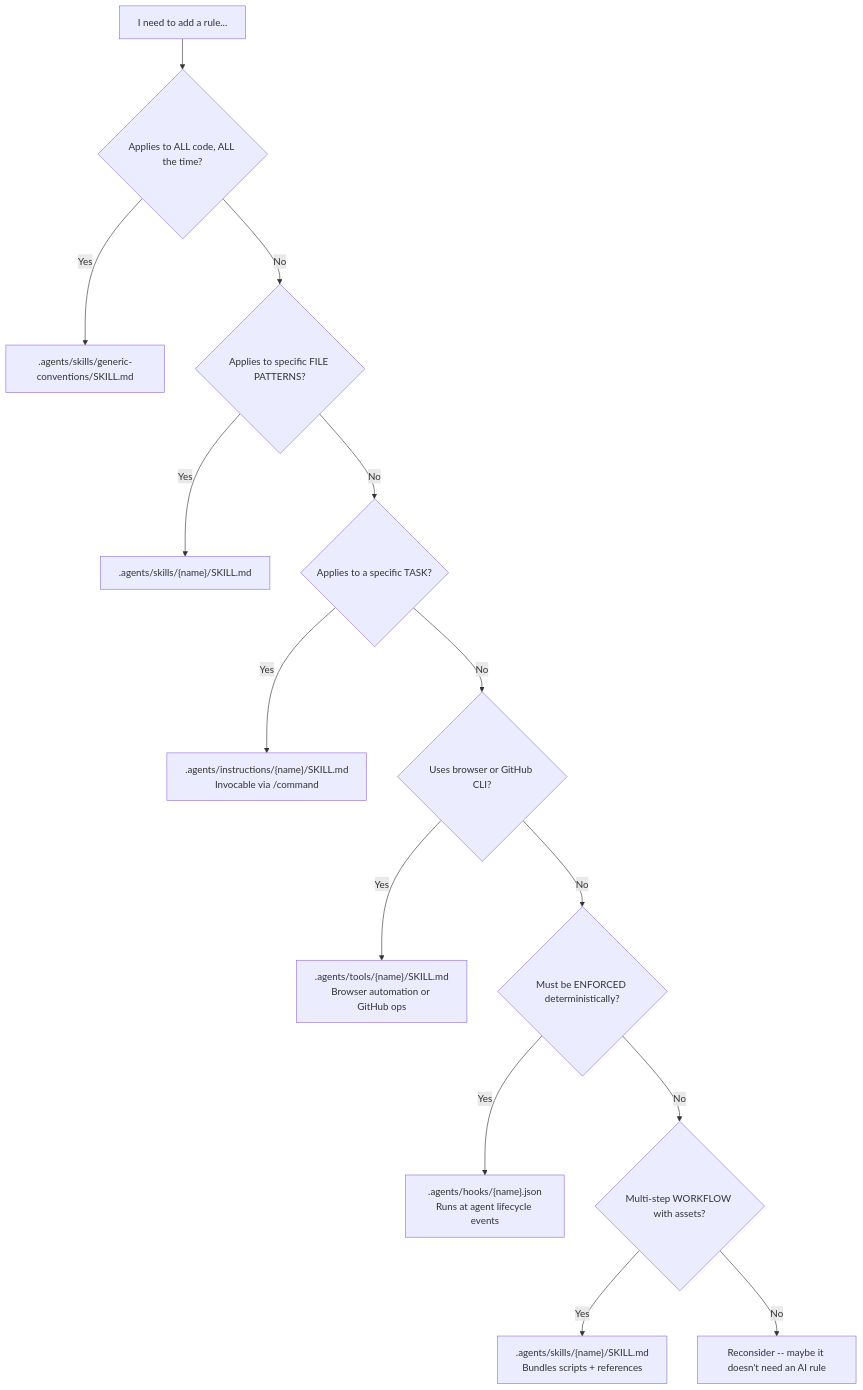
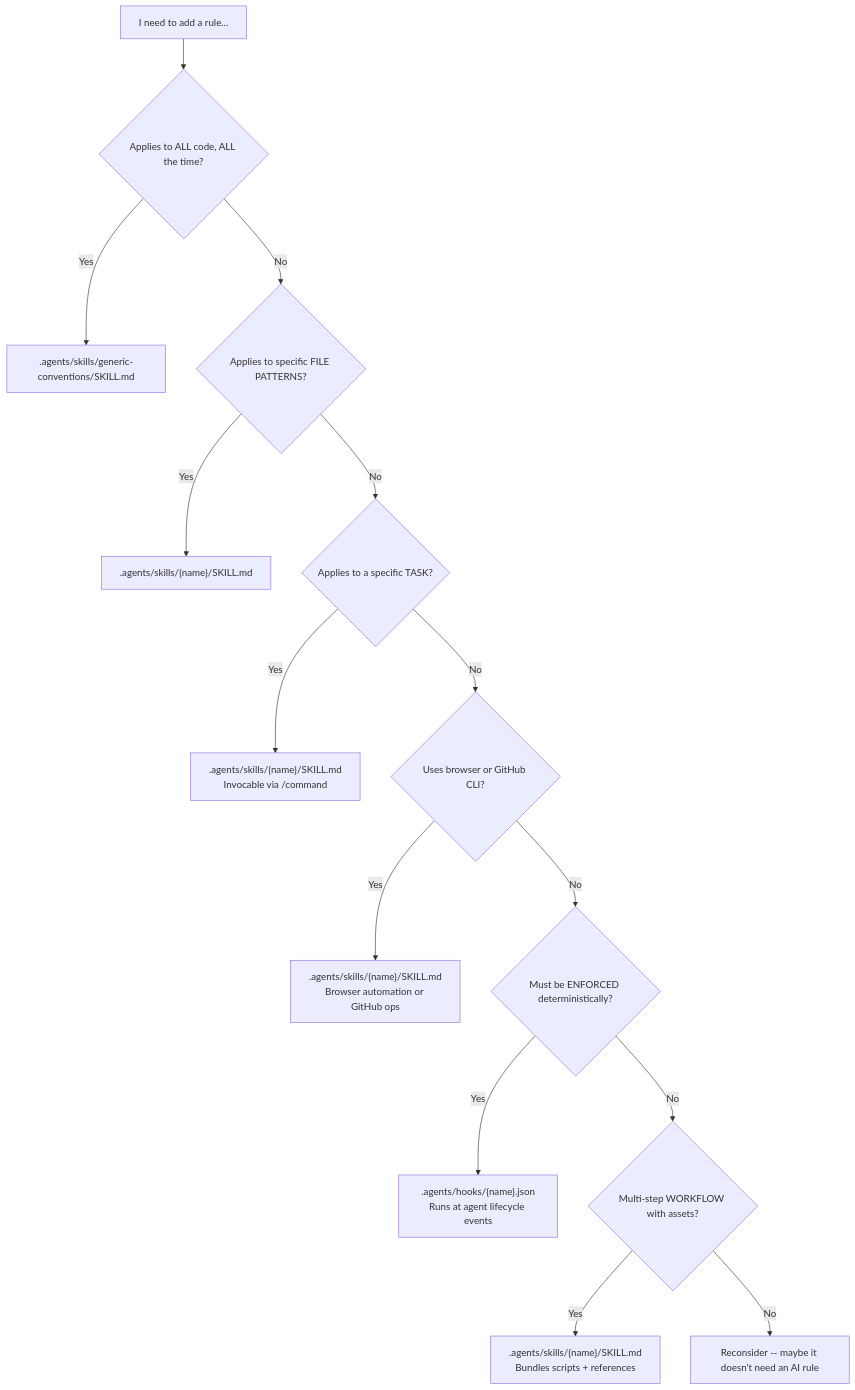
One commit to jtmb/ingenium changed the diagram in USAGE.md. Above: the diagram before and after it, drawn with Mermaid. The commit also changed other lines of this file and 7 other files, not shown here.

````diff
--- a/USAGE.md
+++ b/USAGE.md
@@ -24,16 +24,16 @@
 ```mermaid
 graph TD
     START[I need to add a rule...] --> Q1{Applies to ALL code, ALL the time?}
     Q1 -->|Yes| GENERIC[".agents/skills/generic-conventions/SKILL.md"]
     Q1 -->|No| Q2{Applies to specific FILE PATTERNS?}
     Q2 -->|Yes| SKILL[".agents/skills/{name}/SKILL.md"]
     Q2 -->|No| Q3{Applies to a specific TASK?}
-    Q3 -->|Yes| TASKSKILL[".agents/instructions/{name}/SKILL.md\nInvocable via /command"]
+    Q3 -->|Yes| TASKSKILL[".agents/skills/{name}/SKILL.md\nInvocable via /command"]
     Q3 -->|No| Q4{Uses browser or GitHub CLI?}
-    Q4 -->|Yes| TOOL[".agents/tools/{name}/SKILL.md\nBrowser automation or GitHub ops"]
+    Q4 -->|Yes| TOOL[".agents/skills/{name}/SKILL.md\nBrowser automation or GitHub ops"]
     Q4 -->|No| Q5{Must be ENFORCED deterministically?}
     Q5 -->|Yes| HOOK[".agents/hooks/{name}.json\nRuns at agent lifecycle events"]
     Q5 -->|No| Q6{Multi-step WORKFLOW with assets?}
     Q6 -->|Yes| COMPLEXSKILL[".agents/skills/{name}/SKILL.md\nBundles scripts + references"]
     Q6 -->|No| RECONSIDER[Reconsider -- maybe it doesn't need an AI rule]
 ```
````
